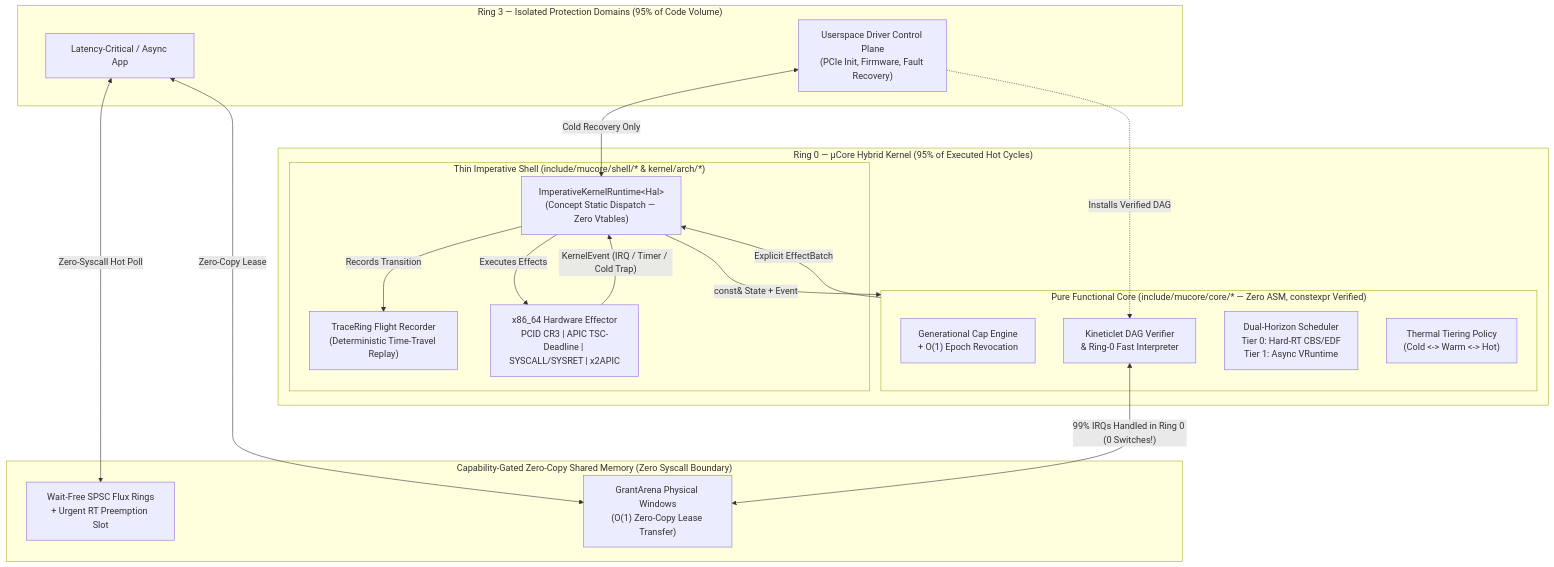
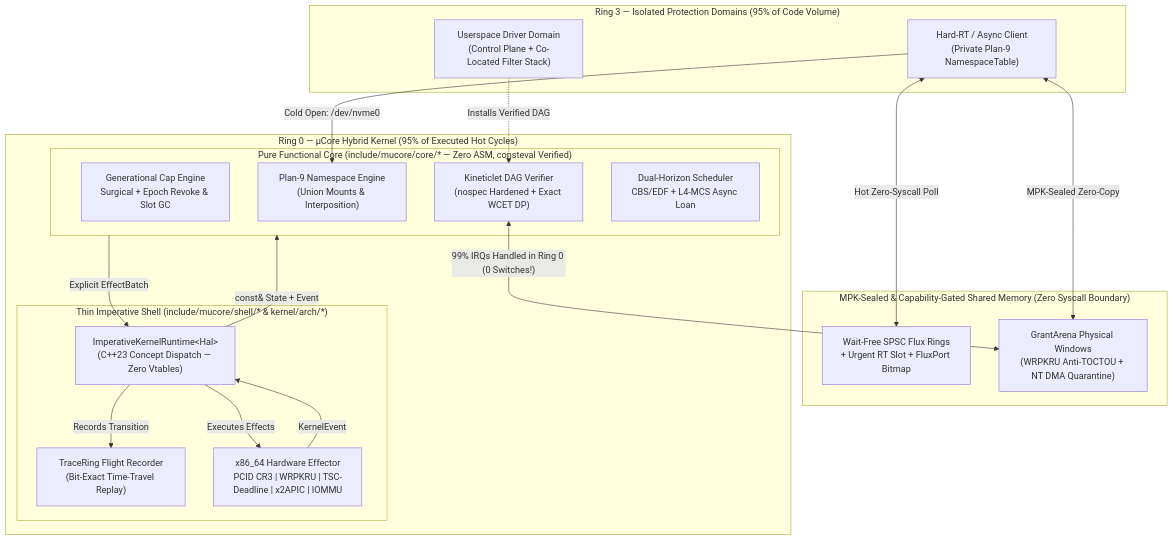
Before and after one commit to DancinGhost/mucore-kernel: the diagram in README.md, drawn with Mermaid. The commit also changed other lines of this file and 15 other files, not shown here.

Commit message:
feat(core): implement Four-Lineage Synthesis (Zircon Port, Plan9 NS, NT Quarantine, L4-MCS Donation)

````diff
--- a/README.md
+++ b/README.md
@@ -68,38 +52,38 @@
 ```mermaid
 flowchart TB
     subgraph Ring3["Ring 3 — Isolated Protection Domains (95% of Code Volume)"]
-        App["Latency-Critical / Async App"]
-        DrvCtrl["Userspace Driver Control Plane<br/>(PCIe Init, Firmware, Fault Recovery)"]
+        App["Hard-RT / Async Client<br/>(Private Plan-9 NamespaceTable)"]
+        DrvCtrl["Userspace Driver Domain<br/>(Control Plane + Co-Located Filter Stack)"]
     end
 
-    subgraph SharedMem["Capability-Gated Zero-Copy Shared Memory (Zero Syscall Boundary)"]
-        Flux["Wait-Free SPSC Flux Rings<br/>+ Urgent RT Preemption Slot"]
-        Arena["GrantArena Physical Windows<br/>(O(1) Zero-Copy Lease Transfer)"]
+    subgraph SharedMem["MPK-Sealed & Capability-Gated Shared Memory (Zero Syscall Boundary)"]
+        Flux["Wait-Free SPSC Flux Rings<br/>+ Urgent RT Slot + FluxPort Bitmap"]
+        Arena["GrantArena Physical Windows<br/>(WRPKRU Anti-TOCTOU + NT DMA Quarantine)"]
     end
 
     subgraph Ring0["Ring 0 — μCore Hybrid Kernel (95% of Executed Hot Cycles)"]
-        subgraph Core["Pure Functional Core (include/mucore/core/* — Zero ASM, constexpr Verified)"]
-            Cap["Generational Cap Engine<br/>+ O(1) Epoch Revocation"]
-            Kinetic["Kineticlet DAG Verifier<br/>& Ring-0 Fast Interpreter"]
-            Sched["Dual-Horizon Scheduler<br/>Tier 0: Hard-RT CBS/EDF<br/>Tier 1: Async VRuntime"]
-            Therm["Thermal Tiering Policy<br/>(Cold <-> Warm <-> Hot)"]
+        subgraph Core["Pure Functional Core (include/mucore/core/* — Zero ASM, consteval Verified)"]
+            Cap["Generational Cap Engine<br/>Surgical + Epoch Revoke & Slot GC"]
+            NS["Plan-9 Namespace Engine<br/>(Union Mounts & Interposition)"]
+            Kinetic["Kineticlet DAG Verifier<br/>(nospec Hardened + Exact WCET DP)"]
+            Sched["Dual-Horizon Scheduler<br/>CBS/EDF + L4-MCS Async Loan"]
         end
 
         subgraph Shell["Thin Imperative Shell (include/mucore/shell/* & kernel/arch/*)"]
-            Runtime["ImperativeKernelRuntime&lt;Hal&gt;<br/>(Concept Static Dispatch — Zero Vtables)"]
-            Trace["TraceRing Flight Recorder<br/>(Deterministic Time-Travel Replay)"]
-            HW["x86_64 Hardware Effector<br/>PCID CR3 | APIC TSC-Deadline | SYSCALL/SYSRET | x2APIC"]
+            Runtime["ImperativeKernelRuntime&lt;Hal&gt;<br/>(C++23 Concept Dispatch — Zero Vtables)"]
+            Trace["TraceRing Flight Recorder<br/>(Bit-Exact Time-Travel Replay)"]
+            HW["x86_64 Hardware Effector<br/>PCID CR3 | WRPKRU | TSC-Deadline | x2APIC | IOMMU"]
         end
     end
 
-    App <-->|"Zero-Syscall Hot Poll"| Flux
-    App <-->|"Zero-Copy Lease"| Arena
-    DrvCtrl <-->|"Cold Recovery Only"| Runtime
+    App -->|"Cold Open: /dev/nvme0"| NS
+    App <-->|"Hot Zero-Syscall Poll"| Flux
+    App <-->|"MPK-Sealed Zero-Copy"| Arena
     DrvCtrl -.->|"Installs Verified DAG"| Kinetic
-    HW -->|"KernelEvent (IRQ / Timer / Cold Trap)"| Runtime
+    HW -->|"KernelEvent"| Runtime
     Runtime -->|"const& State + Event"| Core
     Core -->|"Explicit EffectBatch"| Runtime
     Runtime -->|"Records Transition"| Trace
     Runtime -->|"Executes Effects"| HW
     Kinetic <-->|"99% IRQs Handled in Ring 0 (0 Switches!)"| Arena
 ```
````
